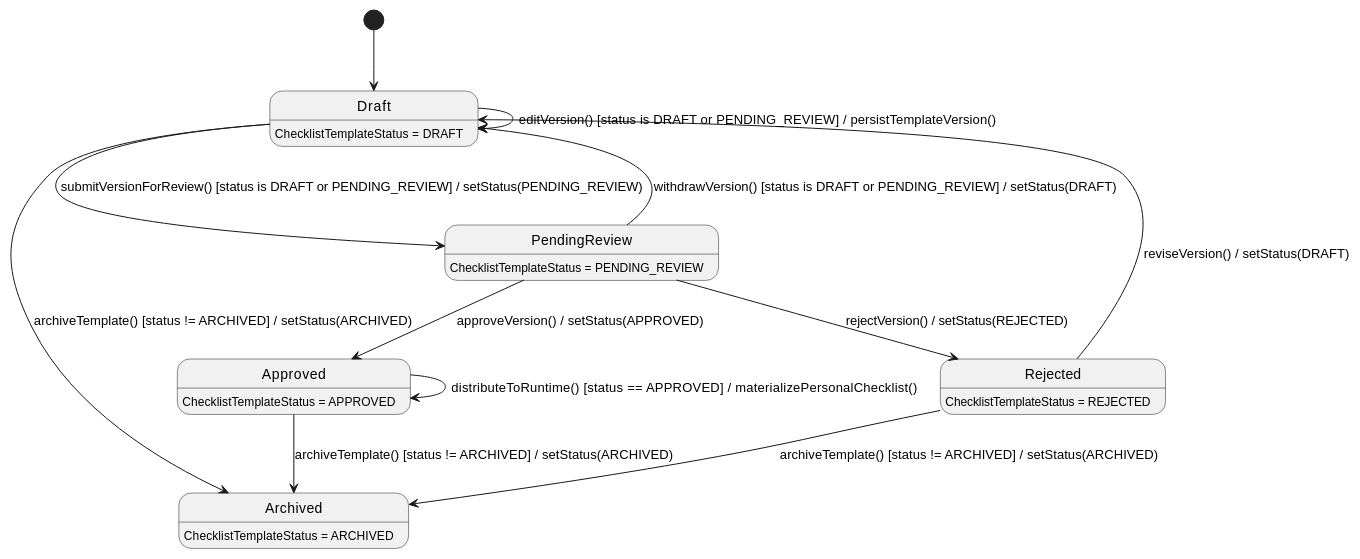
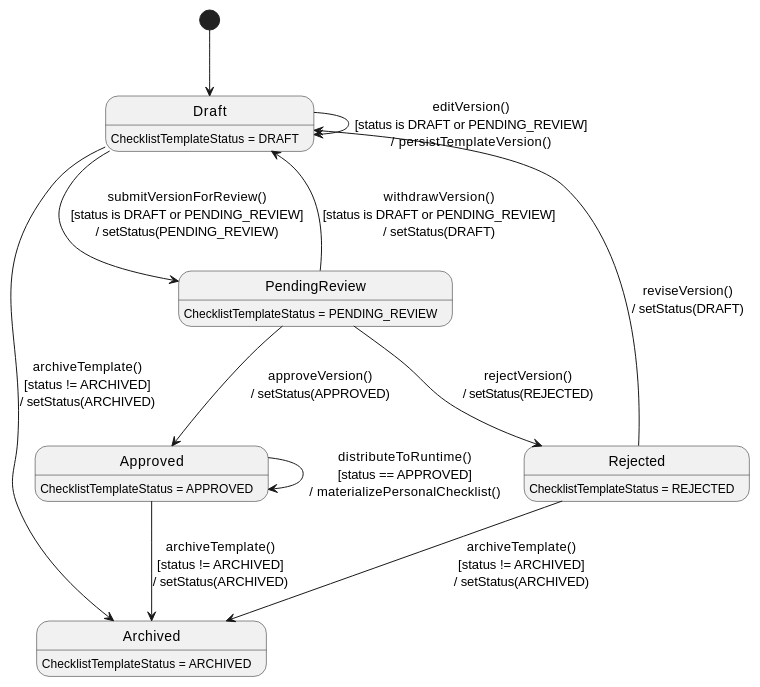
Before and after one commit to ChuongBDHE172784/CareBridge_SEP490_G79: the third of 3 diagrams in 03_Design/Detailed_Design/MF09_Content_Hub/03_Checklist_Template_Versioning_and_Runtime_Distribution.md, drawn with PlantUML. The commit also changed other lines of this file and 61 other files, not shown here.

Commit message:
docs: update detailed design documentation and state chart diagrams across all feature modules

````diff
--- a/03_Design/Detailed_Design/MF09_Content_Hub/03_Checklist_Template_Versioning_and_Runtime_Distribution.md
+++ b/03_Design/Detailed_Design/MF09_Content_Hub/03_Checklist_Template_Versioning_and_Runtime_Distribution.md
@@ -211,23 +212,23 @@
 ```plantuml
 @startuml StateChartDiagram_03ChecklistTemplateVersioningandRuntimeDistribution
 hide empty description
 [*] --> Draft
 
-Draft --> PendingReview : submitVersionForReview() [status is DRAFT or PENDING_REVIEW] / setStatus(PENDING_REVIEW)
-PendingReview --> Draft : withdrawVersion() [status is DRAFT or PENDING_REVIEW] / setStatus(DRAFT)
-PendingReview --> Approved : approveVersion() / setStatus(APPROVED)
-PendingReview --> Rejected : rejectVersion() / setStatus(REJECTED)
-Rejected --> Draft : reviseVersion() / setStatus(DRAFT)
-Approved --> Archived : archiveTemplate() [status != ARCHIVED] / setStatus(ARCHIVED)
-Draft --> Archived : archiveTemplate() [status != ARCHIVED] / setStatus(ARCHIVED)
-Rejected --> Archived : archiveTemplate() [status != ARCHIVED] / setStatus(ARCHIVED)
-Approved --> Approved : distributeToRuntime() [status == APPROVED] / materializePersonalChecklist()
-Draft --> Draft : editVersion() [status is DRAFT or PENDING_REVIEW] / persistTemplateVersion()
+Draft --> PendingReview : submitVersionForReview()\n[status is DRAFT or PENDING_REVIEW]\n/ setStatus(PENDING_REVIEW)
+PendingReview --> Draft : withdrawVersion()\n[status is DRAFT or PENDING_REVIEW]\n/ setStatus(DRAFT)
+PendingReview --> Approved : approveVersion()\n/ setStatus(APPROVED)
+PendingReview --> Rejected : rejectVersion()\n/ setStatus(REJECTED)
+Rejected --> Draft : reviseVersion()\n/ setStatus(DRAFT)
+Approved --> Archived : archiveTemplate()\n[status != ARCHIVED]\n/ setStatus(ARCHIVED)
+Draft --> Archived : archiveTemplate()\n[status != ARCHIVED]\n/ setStatus(ARCHIVED)
+Rejected --> Archived : archiveTemplate()\n[status != ARCHIVED]\n/ setStatus(ARCHIVED)
+Approved --> Approved : distributeToRuntime()\n[status == APPROVED]\n/ materializePersonalChecklist()
+Draft --> Draft : editVersion()\n[status is DRAFT or PENDING_REVIEW]\n/ persistTemplateVersion()
 
 Draft : ChecklistTemplateStatus = DRAFT
 PendingReview : ChecklistTemplateStatus = PENDING_REVIEW
 Approved : ChecklistTemplateStatus = APPROVED
 Rejected : ChecklistTemplateStatus = REJECTED
 Archived : ChecklistTemplateStatus = ARCHIVED
 @enduml
 ```
````
